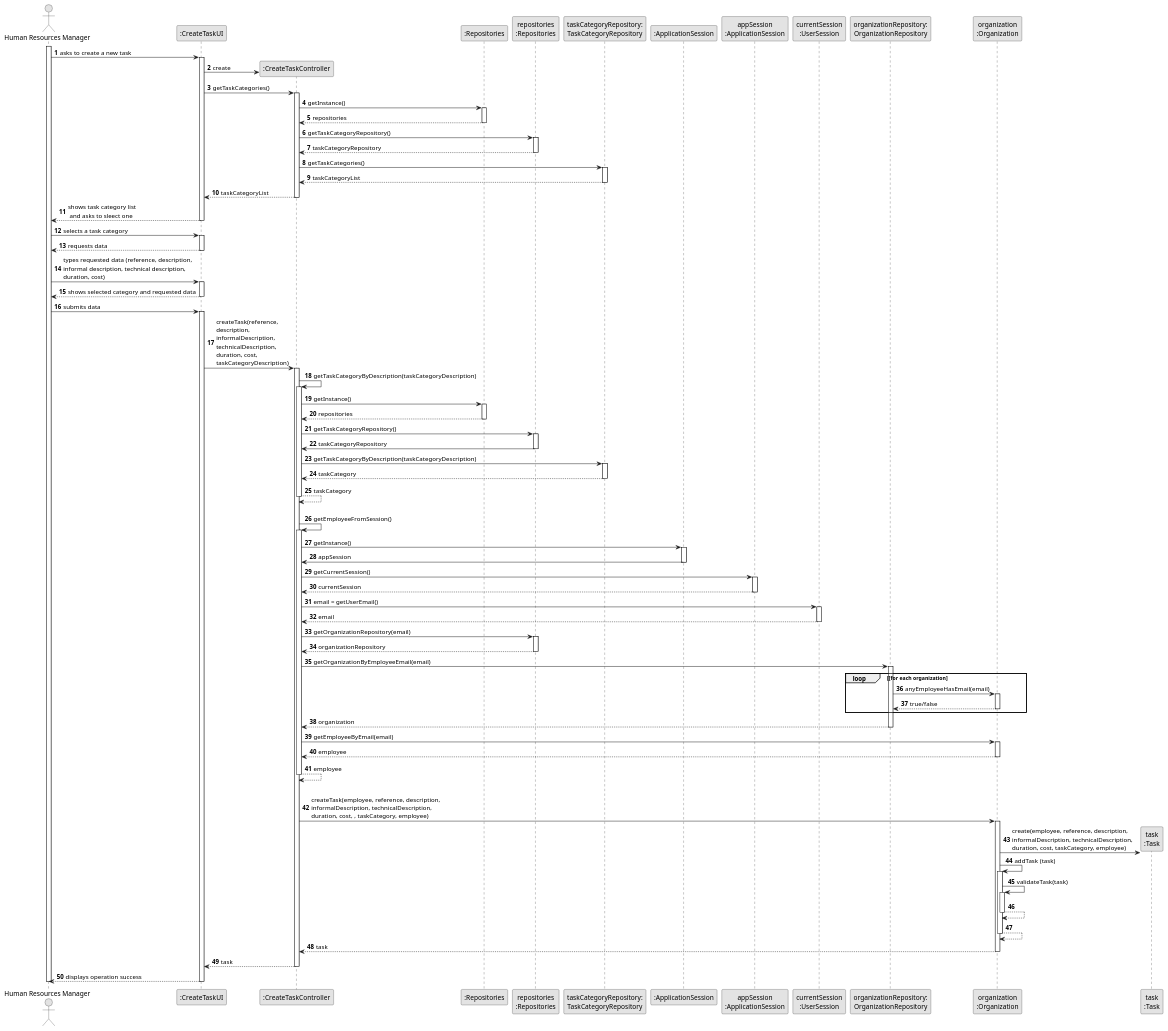
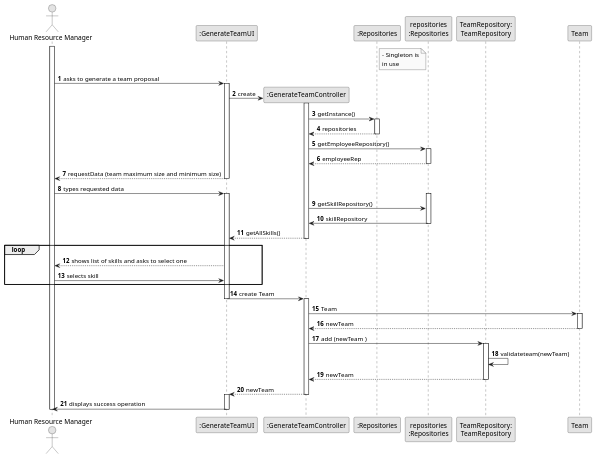
One commit to Paulo-Pereira-at-ISEP/lei-24-s2-1nanb-g321 changed the diagram in docs/sprintB/us05/03.design/puml/us05-sequence-diagram-full.puml. Above: the diagram before and after it, drawn with PlantUML. The commit also changed 4 other files, not shown here.

```diff
--- a/docs/sprintB/us05/03.design/puml/us05-sequence-diagram-full.puml
+++ b/docs/sprintB/us05/03.design/puml/us05-sequence-diagram-full.puml
@@ -1,180 +1,112 @@
 @startuml
 skinparam monochrome true
 skinparam packageStyle rectangle
 skinparam shadowing false
 
 autonumber
 
 'hide footbox
-actor "Human Resources Manager" as ADM
-participant ":CreateTaskUI" as UI
-participant ":CreateTaskController" as CTRL
-participant ":Repositories" as RepositorySingleton
-participant "repositories\n:Repositories" as PLAT
-participant "taskCategoryRepository:\nTaskCategoryRepository" as TaskCategoryRepository
-participant ":ApplicationSession" as _APP
-participant "appSession\n:ApplicationSession" as APP
-participant "currentSession\n:UserSession" as SESSAO
-participant "organizationRepository:\nOrganizationRepository" as OrganizationRepository
-participant "organization\n:Organization" as ORG
-participant "task\n:Task" as TAREFA
 
-activate ADM
+actor "Human Resource Manager" as HRM
+participant ":GenerateTeamUI" as UI
+participant ":GenerateTeamController" as controller
+participant ":Repositories" as singleton
+participant "repositories\n:Repositories" as rep
+participant "TeamRepository:\nTeamRepository" as teamRep
+participant "Team" as Team
 
-        ADM -> UI : asks to create a new task
+note right of singleton
+    - Singleton is
+    in use
+end note
+
+activate HRM
+
+        HRM -> UI : asks to generate a team proposal
 
         activate UI
+            'create controller
+            UI -> controller** : create
 
-'            UI --> ADM : requests data (reference, description,  informal \n description, technical description, duration, cost)
-            'create CTRL
-            UI -> CTRL** : create
+            activate controller
 
-            UI -> CTRL : getTaskCategories()
-            activate CTRL
+                controller-> singleton : getInstance()
 
-                CTRL -> RepositorySingleton : getInstance()
-                activate RepositorySingleton
+                activate singleton
 
-                    RepositorySingleton --> CTRL: repositories
-                deactivate RepositorySingleton
+                    singleton --> controller : repositories
 
-                CTRL -> PLAT : getTaskCategoryRepository()
-                activate PLAT
+                deactivate singleton
 
-                    PLAT --> CTRL: taskCategoryRepository
-                deactivate PLAT
+                controller -> rep : getEmployeeRepository()
 
-                CTRL -> TaskCategoryRepository : getTaskCategories()
-                activate TaskCategoryRepository
+                activate rep
 
-                    TaskCategoryRepository --> CTRL : taskCategoryList
-                deactivate TaskCategoryRepository
 
-                CTRL --> UI : taskCategoryList
-            deactivate CTRL
+                    rep --> controller : employeeRep
 
-            UI --> ADM : shows task category list\n and asks to sleect one
+                deactivate rep
+
+
+
+
+            'requests the HRM to input data
+            UI --> HRM : requestData (team maximum size and minimum size)
         deactivate UI
 
-    ADM -> UI : selects a task category
-    activate UI
+        HRM -> UI : types requested data
 
-        UI --> ADM : requests data
+activate UI
+
+        activate rep
+
+            controller -> rep : getSkillRepository()
+            rep -> controller : skillRepository
+        deactivate rep
+
+
+            controller --> UI : getAllSkills()
+            deactivate controller
+
+loop
+            UI --> HRM : shows list of skills and asks to select one
+
+            HRM -> UI : selects skill
+end
+           UI -> controller : create Team
+                   deactivate UI
+
+            activate controller
+
+
+                controller -> Team : Team
+
+                activate Team
+
+                Team --> controller : newTeam
+
+                deactivate Team
+
+                controller -> teamRep : add (newTeam )
+
+                activate teamRep
+
+                    teamRep -> teamRep : validateteam(newTeam)
+
+
+                    teamRep --> controller : newTeam
+
+                deactivate teamRep
+
+            controller --> UI : newTeam
+
+
+        deactivate controller
+activate UI
+        UI -> HRM : displays success operation
+
     deactivate UI
 
-    ADM -> UI : types requested data (reference, description, \ninformal description, technical description,\nduration, cost)
-    activate UI
-
-        UI --> ADM : shows selected category and requested data
-    deactivate UI
-
-    ADM -> UI : submits data
-    activate UI
-
-        UI -> CTRL : createTask(reference,\ndescription,\ninformalDescription,\ntechnicalDescription,\nduration, cost,\ntaskCategoryDescription)
-        activate CTRL
-
-            CTRL -> CTRL : getTaskCategoryByDescription(taskCategoryDescription)
-            activate CTRL
-
-                CTRL -> RepositorySingleton : getInstance()
-                activate RepositorySingleton
-
-                    RepositorySingleton --> CTRL: repositories
-                deactivate RepositorySingleton
-
-                CTRL -> PLAT : getTaskCategoryRepository()
-                activate PLAT
-
-                    PLAT -> CTRL : taskCategoryRepository
-                deactivate PLAT
-
-                CTRL -> TaskCategoryRepository : getTaskCategoryByDescription(taskCategoryDescription)
-                activate TaskCategoryRepository
-
-                    TaskCategoryRepository --> CTRL : taskCategory
-                deactivate TaskCategoryRepository
-                    CTRL --> CTRL : taskCategory
-            deactivate CTRL
-
-            |||
-            CTRL -> CTRL : getEmployeeFromSession()
-            activate CTRL
-
-                CTRL -> _APP: getInstance()
-                activate _APP
-                    _APP -> CTRL: appSession
-                deactivate _APP
-
-
-                CTRL -> APP: getCurrentSession()
-                activate APP
-
-                    APP --> CTRL: currentSession
-                deactivate APP
-
-                CTRL -> SESSAO: email = getUserEmail()
-                activate SESSAO
-
-                    SESSAO --> CTRL: email
-                deactivate SESSAO
-
-
-                CTRL -> PLAT: getOrganizationRepository(email)
-                activate PLAT
-
-                    PLAT --> CTRL: organizationRepository
-                deactivate PLAT
-
-
-                CTRL -> OrganizationRepository: getOrganizationByEmployeeEmail(email)
-                activate OrganizationRepository
-
-                    loop [for each organization
-                        OrganizationRepository -> ORG : anyEmployeeHasEmail(email)
-                        activate ORG
-
-                             ORG --> OrganizationRepository : true/false
-                        deactivate ORG
-                    end
-                    OrganizationRepository --> CTRL : organization
-                deactivate OrganizationRepository
-
-                CTRL -> ORG: getEmployeeByEmail(email)
-                activate ORG
-
-                    ORG --> CTRL : employee
-                deactivate ORG
-
-                CTRL --> CTRL : employee
-            deactivate CTRL
-
-            |||
-            CTRL -> ORG: createTask(employee, reference, description,\ninformalDescription, technicalDescription,\nduration, cost, , taskCategory, employee)
-            activate ORG
-
-                ORG -> TAREFA**: create(employee, reference, description,\ninformalDescription, technicalDescription,\nduration, cost, taskCategory, employee)
-                ORG -> ORG: addTask (task)
-
-
-                activate ORG
-                    ORG -> ORG: validateTask(task)
-                    activate ORG
-                        ORG --> ORG
-                    deactivate ORG
-
-                    ORG --> ORG
-                deactivate ORG
-
-                ORG --> CTRL : task
-
-            deactivate ORG
-
-            CTRL --> UI: task
-            deactivate CTRL
-            UI --> ADM: displays operation success
-    deactivate UI
-
-deactivate ADM
+deactivate HRM
 
 @enduml
```
